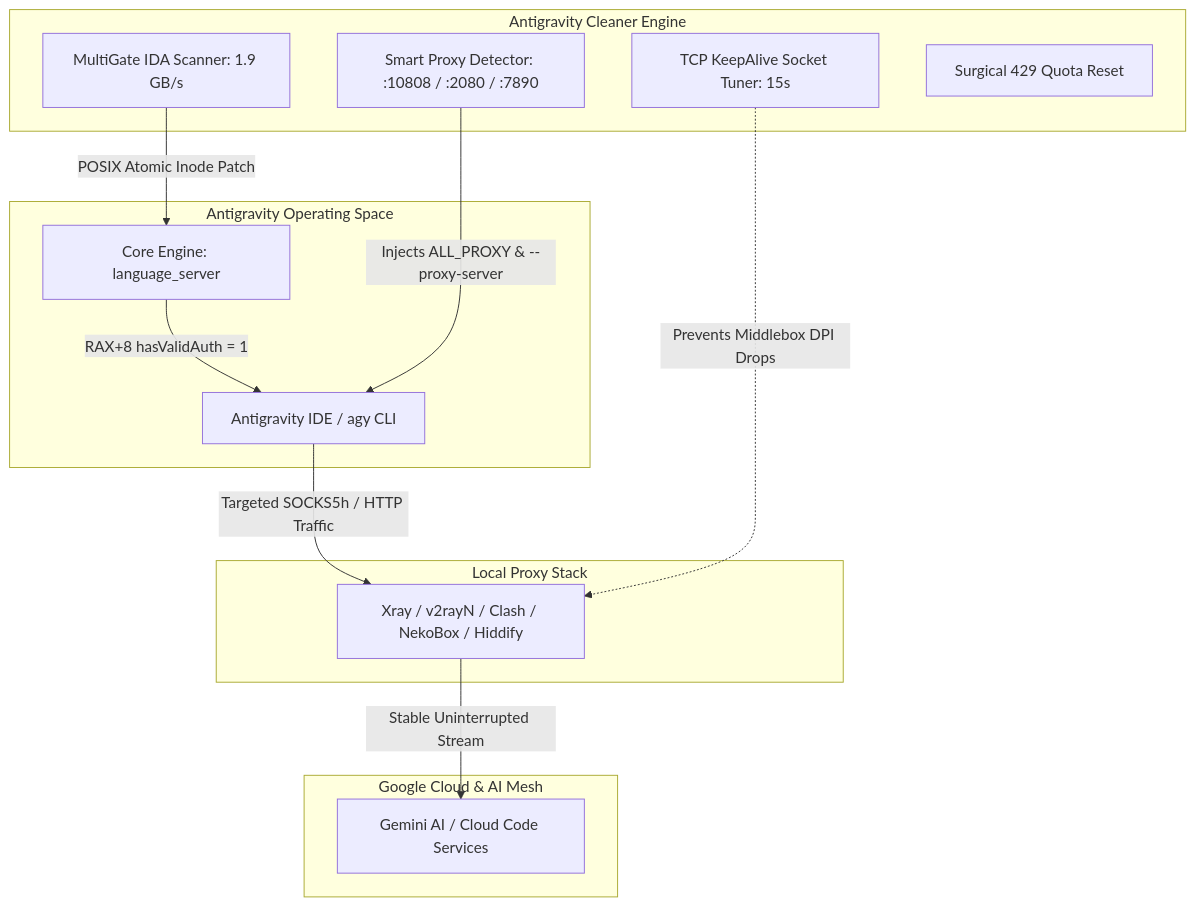
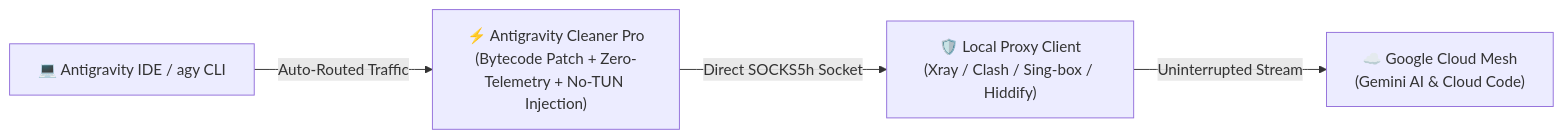
One commit to tawroot/antigravity-cleaner changed the diagram in README.md. Above: the diagram before and after it, drawn with Mermaid. The commit also changed other lines of this file and 11 other files, not shown here.

````diff
--- a/README.md
+++ b/README.md
@@ -112,29 +354,11 @@
 ```mermaid
-graph TD
-    subgraph Antigravity Operating Space
-        IDE[Antigravity IDE / agy CLI]
-        LS[Core Engine: language_server]
-    end
+graph LR
+    IDE["💻 Antigravity IDE / agy CLI"]
+    CLEANER["⚡ Antigravity Cleaner Pro<br>(Bytecode Patch + Zero-Telemetry + No-TUN Injection)"]
+    PROXY["🛡️ Local Proxy Client<br>(Xray / Clash / Sing-box / Hiddify)"]
+    GOOGLE["☁️ Google Cloud Mesh<br>(Gemini AI & Cloud Code)"]
 
-    subgraph Antigravity Cleaner Engine
-        PAT[MultiGate IDA Scanner: 1.9 GB/s]
-        PROXY[Smart Proxy Detector: :10808 / :2080 / :7890]
-        KEEPALIVE[TCP KeepAlive Socket Tuner: 15s]
-        CLEAN[Surgical 429 Quota Reset]
-    end
-
-    subgraph Local Proxy Stack
-        XRAY[Xray / v2rayN / Clash / NekoBox / Hiddify]
-    end
-
-    subgraph Google Cloud & AI Mesh
-        GOOGLE[Gemini AI / Cloud Code Services]
-    end
-
-    PAT -->|POSIX Atomic Inode Patch| LS
-    LS -->|RAX+8 hasValidAuth = 1| IDE
-    PROXY -->|Injects ALL_PROXY & --proxy-server| IDE
-    IDE -->|Targeted SOCKS5h / HTTP Traffic| XRAY
-    KEEPALIVE -.->|Prevents Middlebox DPI Drops| XRAY
-    XRAY -->|Stable Uninterrupted Stream| GOOGLE
+    IDE -->|Auto-Routed Traffic| CLEANER
+    CLEANER -->|Direct SOCKS5h Socket| PROXY
+    PROXY -->|Uninterrupted Stream| GOOGLE
 ```
````
